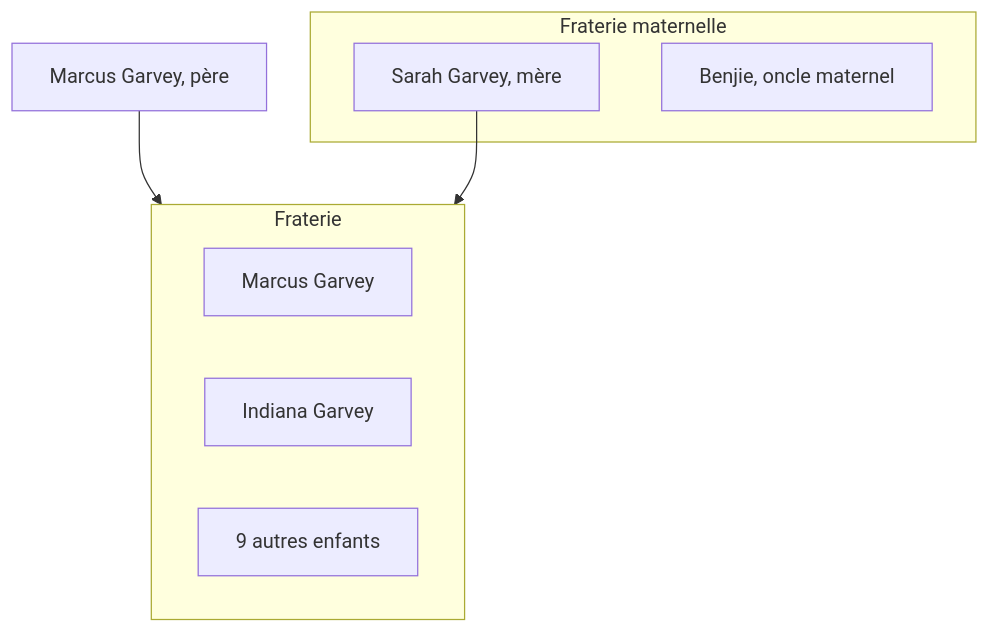
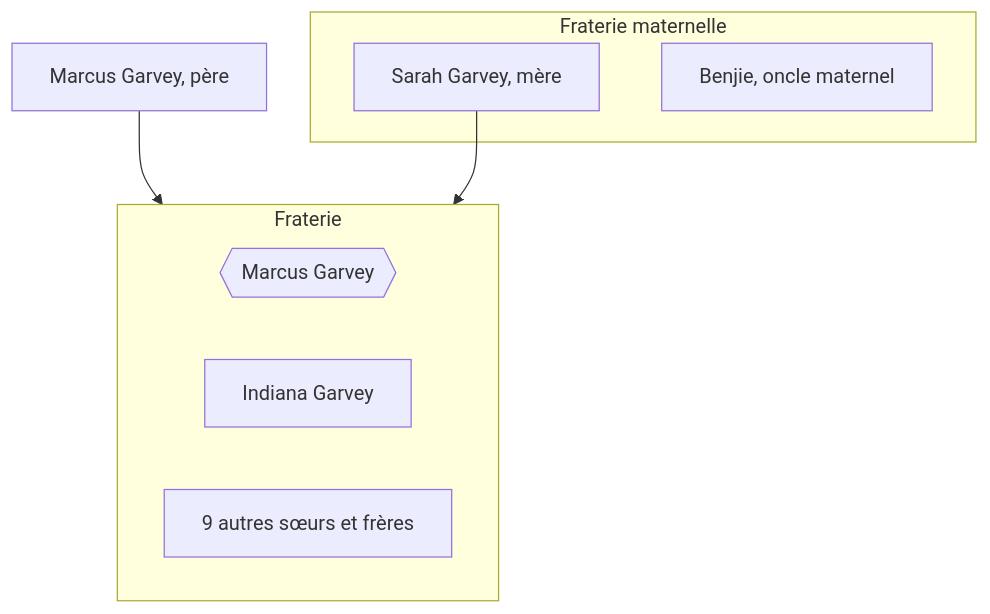
The diagram in en-cours/personnalite/homme/polymathe/caraibes/midi/colonie/xamayca/marcus-gavey.md (ba-moun/Ba-Moun-Save), drawn with Mermaid before and after one commit. The commit also changed other lines of this file, not shown here.

Commit message:
docs: update en-cours/personnalite/homme/polymathe/caraibes/midi/colonie/xamayca/marcus-gavey

````diff
--- a/en-cours/personnalite/homme/polymathe/caraibes/midi/colonie/xamayca/marcus-gavey.md
+++ b/en-cours/personnalite/homme/polymathe/caraibes/midi/colonie/xamayca/marcus-gavey.md
@@ -34,19 +34,19 @@
 ```mermaid
 flowchart TD
    id0[Marcus Garvey, père]
    
    subgraph Fraterie
-      id1[Marcus Garvey]
+      id1{{Marcus Garvey}}
       id3[Indiana Garvey]
-      id4[9 autres enfants]
+      id4[9 autres sœurs et frères]
    end
    
    subgraph Fraterie maternelle
       id2[Sarah Garvey, mère]
       id6[Benjie, oncle maternel]
    end
    
    id0 --> Fraterie
    id2 --> Fraterie
-   
+      
 ```
````
